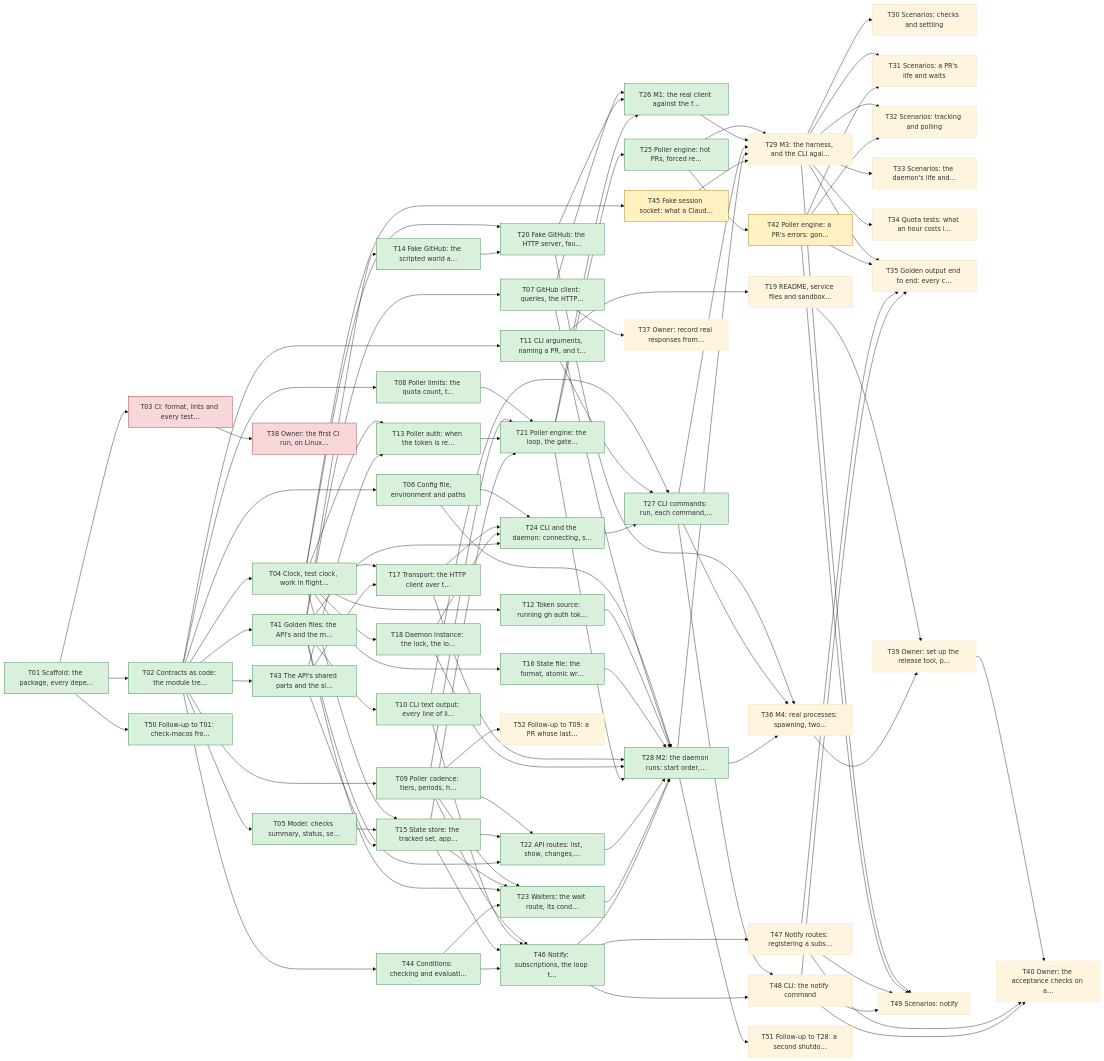
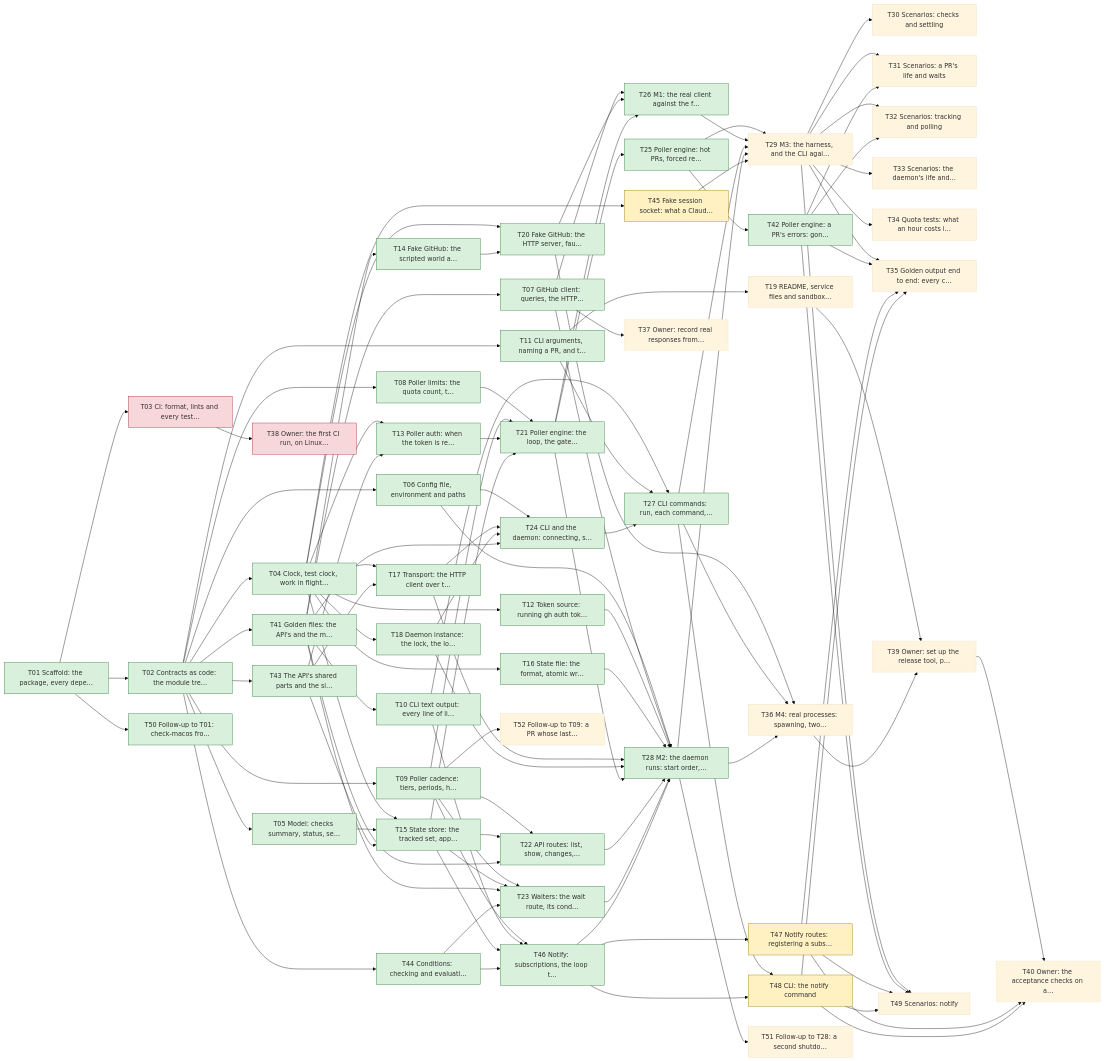
The diagram in plan/README.md (yachiko/circitor), drawn with Mermaid (base theme) before and after one commit. The commit also changed other lines of this file and 4 other files, not shown here.

```diff
--- a/plan/README.md
+++ b/plan/README.md
@@ -180,13 +180,13 @@
   T39["T39 Owner: set up the release tool, p…"]:::manual
   T40["T40 Owner: the acceptance checks on a…"]:::manual
   T41["T41 Golden files: the API's and the m…"]:::done
-  T42["T42 Poller engine: a PR's errors: gon…"]:::active
+  T42["T42 Poller engine: a PR's errors: gon…"]:::done
   T43["T43 The API's shared parts and the si…"]:::done
   T44["T44 Conditions: checking and evaluati…"]:::done
   T45["T45 Fake session socket: what a Claud…"]:::active
   T46["T46 Notify: subscriptions, the loop t…"]:::done
-  T47["T47 Notify routes: registering a subs…"]
-  T48["T48 CLI: the notify command"]
+  T47["T47 Notify routes: registering a subs…"]:::active
+  T48["T48 CLI: the notify command"]:::active
   T49["T49 Scenarios: notify"]
   T50["T50 Follow-up to T01: check-macos fro…"]:::done
   T51["T51 Follow-up to T28: a second shutdo…"]
```
